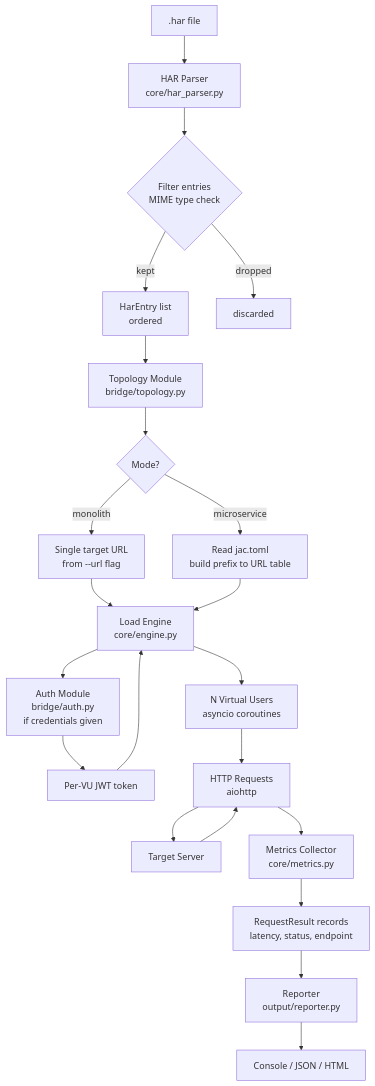
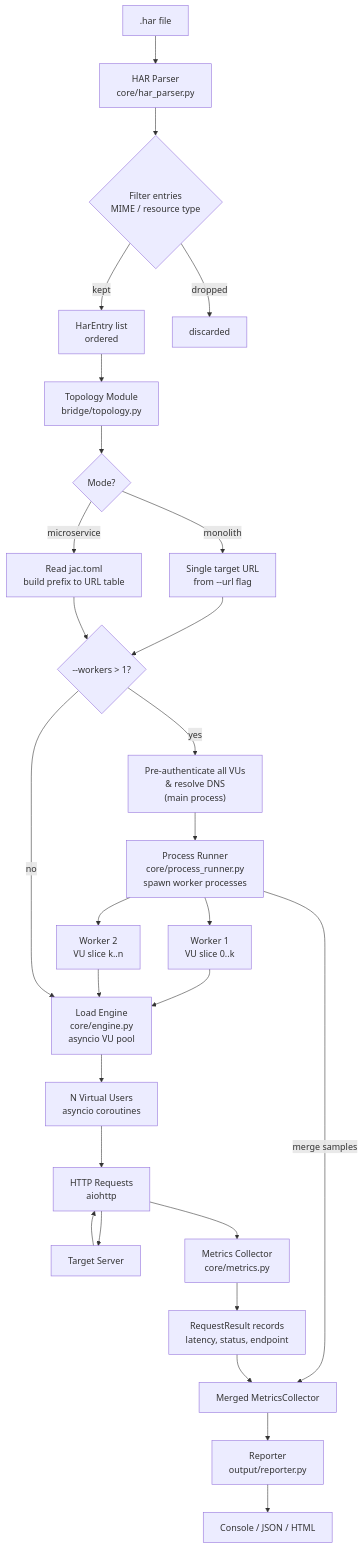
Before and after one commit to SahanUday/jac-loadtest: the first of 4 diagrams in docs/ARCHITECTURE.md, drawn with Mermaid. The commit also changed other lines of this file and 1 other file, not shown here.

````diff
--- a/docs/ARCHITECTURE.md
+++ b/docs/ARCHITECTURE.md
@@ -418,29 +438,36 @@
 ```mermaid
 flowchart TD
     A[".har file"] --> B["HAR Parser\ncore/har_parser.py"]
-    B --> C{"Filter entries\nMIME type check"}
+    B --> C{"Filter entries\nMIME / resource type"}
     C -->|kept| D["HarEntry list\nordered"]
     C -->|dropped| Z1["discarded"]
 
     D --> E["Topology Module\nbridge/topology.py"]
     E --> F{"Mode?"}
     F -->|monolith| G["Single target URL\nfrom --url flag"]
     F -->|microservice| H["Read jac.toml\nbuild prefix to URL table"]
 
-    G --> I["Load Engine\ncore/engine.py"]
-    H --> I
+    G --> W{"--workers > 1?"}
+    H --> W
 
-    I --> J["Auth Module\nbridge/auth.py\nif credentials given"]
-    J --> K["Per-VU JWT token"]
-    K --> I
+    W -->|yes| PA["Pre-authenticate all VUs\n& resolve DNS\n(main process)"]
+    PA --> PR["Process Runner\ncore/process_runner.py\nspawn worker processes"]
+    PR --> WP1["Worker 1\nVU slice 0..k"]
+    PR --> WP2["Worker 2\nVU slice k..n"]
+    WP1 --> I["Load Engine\ncore/engine.py\nasyncio VU pool"]
+    WP2 --> I
+
+    W -->|no| I
 
     I --> L["N Virtual Users\nasyncio coroutines"]
     L --> M["HTTP Requests\naiohttp"]
     M --> N["Target Server"]
     N --> M
 
     M --> O["Metrics Collector\ncore/metrics.py"]
     O --> P["RequestResult records\nlatency, status, endpoint"]
-    P --> Q["Reporter\noutput/reporter.py"]
+    PR -->|merge samples| MG["Merged MetricsCollector"]
+    P --> MG
+    MG --> Q["Reporter\noutput/reporter.py"]
     Q --> R["Console / JSON / HTML"]
 ```
````
